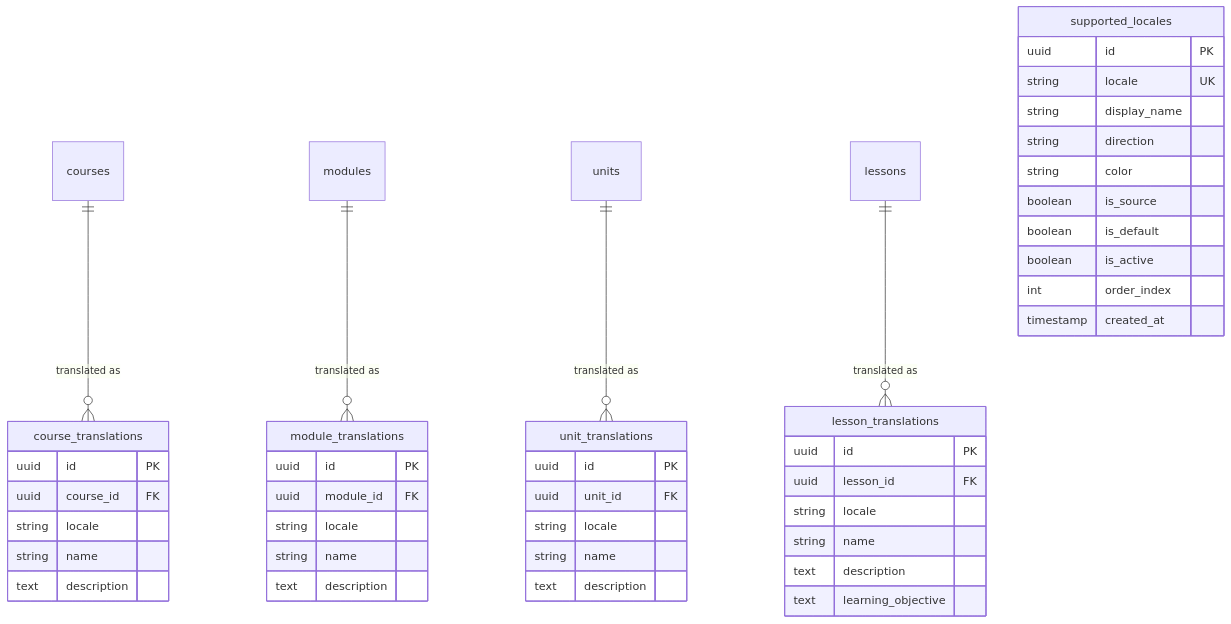
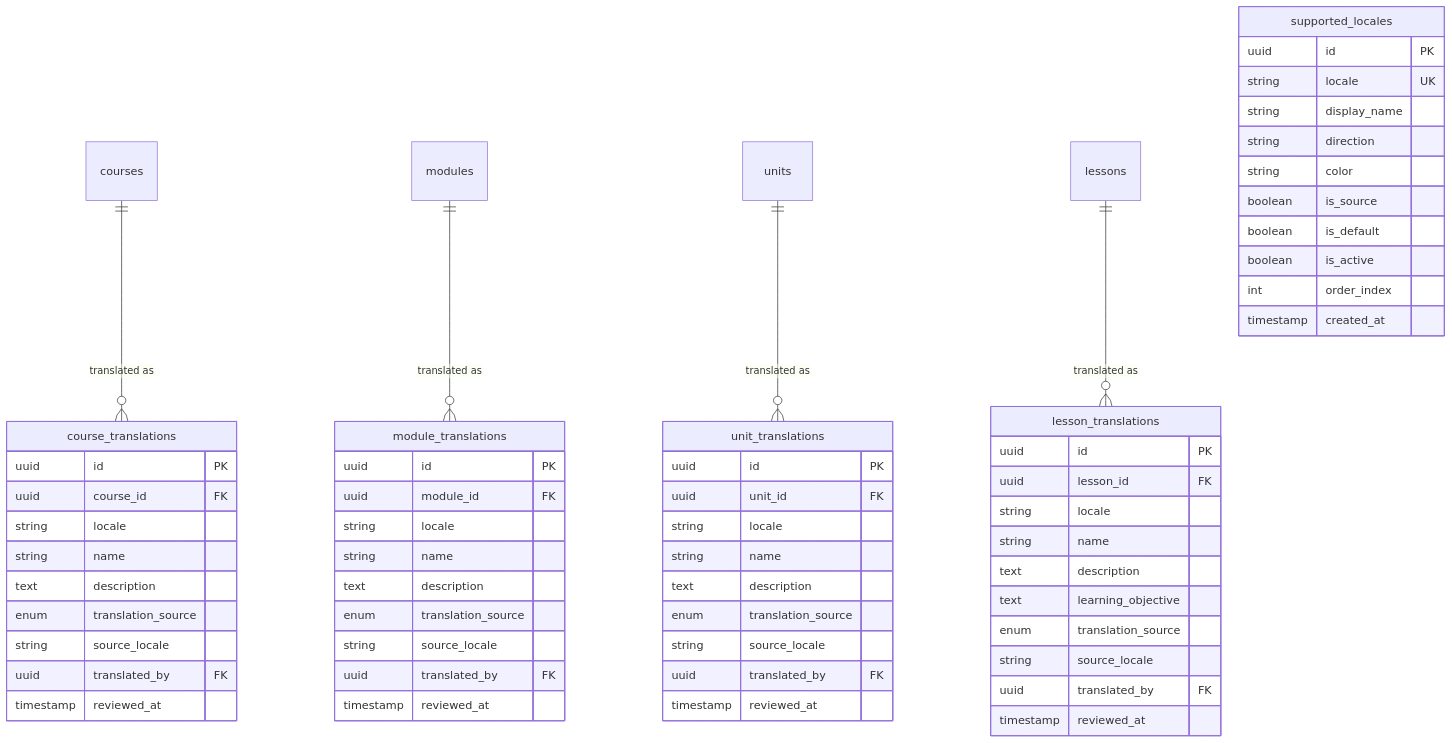
Before and after one commit to adar-schule/hinbuna-kurdi: the tenth of 10 diagrams in _docs/04-data-model-design.md, drawn with Mermaid. The commit also changed other lines of this file and 7 other files, not shown here.

````diff
--- a/_docs/04-data-model-design.md
+++ b/_docs/04-data-model-design.md
@@ -1259,53 +1275,69 @@
 ```mermaid
 erDiagram
     courses ||--o{ course_translations : "translated as"
     modules ||--o{ module_translations : "translated as"
     units ||--o{ unit_translations : "translated as"
     lessons ||--o{ lesson_translations : "translated as"
 
     supported_locales {
         uuid id PK
         string locale UK
         string display_name
         string direction
         string color
         boolean is_source
         boolean is_default
         boolean is_active
         int order_index
         timestamp created_at
     }
 
     course_translations {
         uuid id PK
         uuid course_id FK
         string locale
         string name
         text description
+        enum translation_source
+        string source_locale
+        uuid translated_by FK
+        timestamp reviewed_at
     }
 
     module_translations {
         uuid id PK
         uuid module_id FK
         string locale
         string name
         text description
+        enum translation_source
+        string source_locale
+        uuid translated_by FK
+        timestamp reviewed_at
     }
 
     unit_translations {
         uuid id PK
         uuid unit_id FK
         string locale
         string name
         text description
+        enum translation_source
+        string source_locale
+        uuid translated_by FK
+        timestamp reviewed_at
     }
 
     lesson_translations {
         uuid id PK
         uuid lesson_id FK
         string locale
         string name
         text description
         text learning_objective
+        enum translation_source
+        string source_locale
+        uuid translated_by FK
+        timestamp reviewed_at
     }
 ```
````
